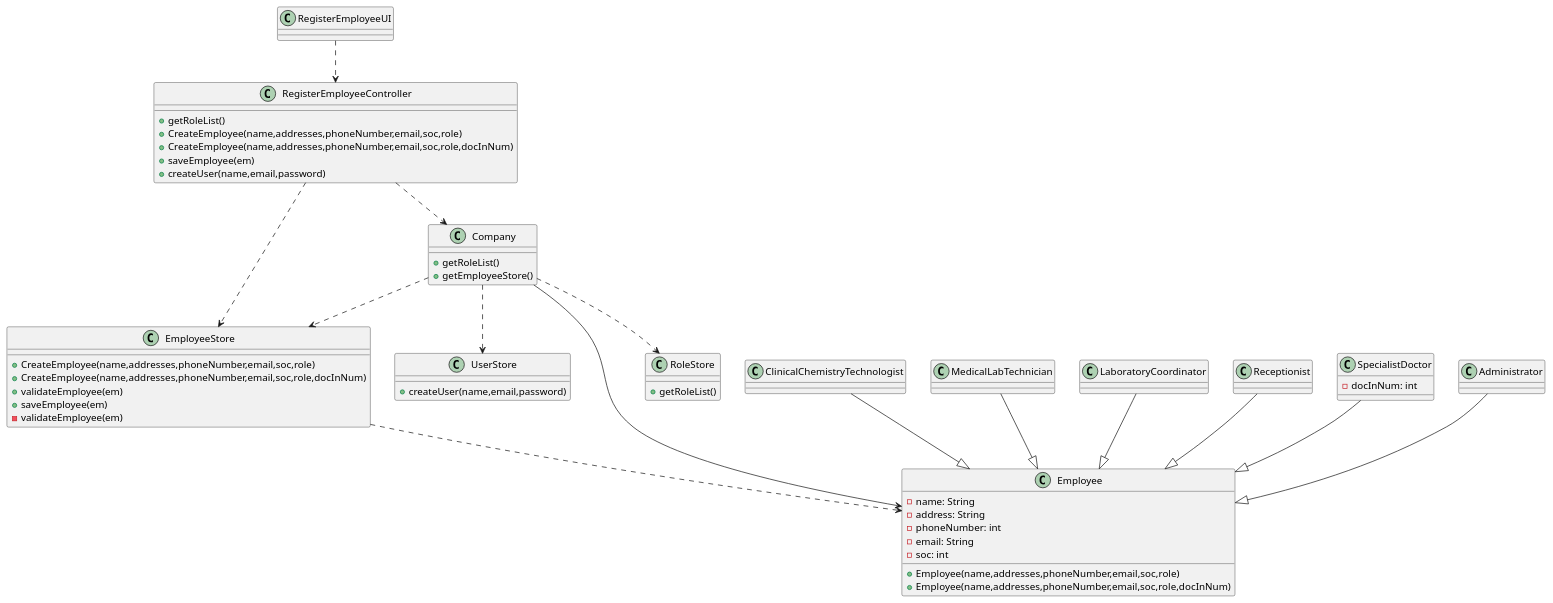
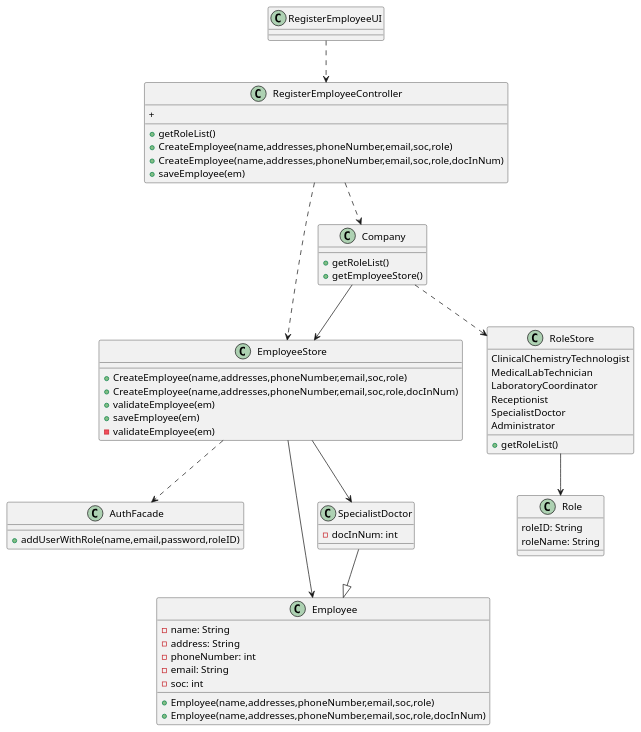
The diagram in docs/SprintB/US7/US07_CD.puml (MarianaCLages/LAPR2), drawn with PlantUML before and after one commit. The commit also changed 5 other files, not shown here.

Commit message:
Employee.java ParameterCategory.java ParameterCategoryStore.java Role.java RoleStore.java

```diff
--- a/docs/SprintB/US7/US07_CD.puml
+++ b/docs/SprintB/US7/US07_CD.puml
@@ -1,74 +1,72 @@
 @startuml
 'https://plantuml.com/class-diagram
 
 class RegisterEmployeeUI{
 }
+
 class RegisterEmployeeController{
 +getRoleList()
 +CreateEmployee(name,addresses,phoneNumber,email,soc,role)
 +CreateEmployee(name,addresses,phoneNumber,email,soc,role,docInNum)
 +saveEmployee(em)
-+createUser(name,email,password)
++
 }
 
-class UserStore{
-+createUser(name,email,password)
+class AuthFacade{
++addUserWithRole(name,email,password,roleID)
 }
 
 class Company{
 +getRoleList()
 +getEmployeeStore()
 }
 
 class EmployeeStore{
 +CreateEmployee(name,addresses,phoneNumber,email,soc,role)
 +CreateEmployee(name,addresses,phoneNumber,email,soc,role,docInNum)
 +validateEmployee(em)
 +saveEmployee(em)
 -validateEmployee(em)
 }
 
 class Employee{
 -name: String
 -address: String
 -phoneNumber: int
 -email: String
 -soc: int
 +Employee(name,addresses,phoneNumber,email,soc,role)
 +Employee(name,addresses,phoneNumber,email,soc,role,docInNum)
 }
+
 class RoleStore{
+ClinicalChemistryTechnologist
+MedicalLabTechnician
+LaboratoryCoordinator
+Receptionist
+SpecialistDoctor
+Administrator
 +getRoleList()
 }
 
-class ClinicalChemistryTechnologist{
-}
-class MedicalLabTechnician{
-}
-class LaboratoryCoordinator{
-}
-class Receptionist{
-}
 class SpecialistDoctor{
 -docInNum: int
 }
-class Administrator{
+class Role{
+roleID: String
+roleName: String
 }
+EmployeeStore --> SpecialistDoctor
 RegisterEmployeeController ..> EmployeeStore
 RegisterEmployeeUI ..> RegisterEmployeeController
 RegisterEmployeeController ..> Company
 Company ..> RoleStore
-Company --> Employee
-Company ..> UserStore
-Company ..> EmployeeStore
-EmployeeStore ..> Employee
+EmployeeStore ..> AuthFacade
+Company --> EmployeeStore
+EmployeeStore --> Employee
 SpecialistDoctor --|> Employee
-ClinicalChemistryTechnologist --|> Employee
-MedicalLabTechnician --|> Employee
-LaboratoryCoordinator --|> Employee
-Receptionist --|> Employee
-Administrator --|> Employee
+RoleStore --> Role
 
 
 
 @enduml
```
